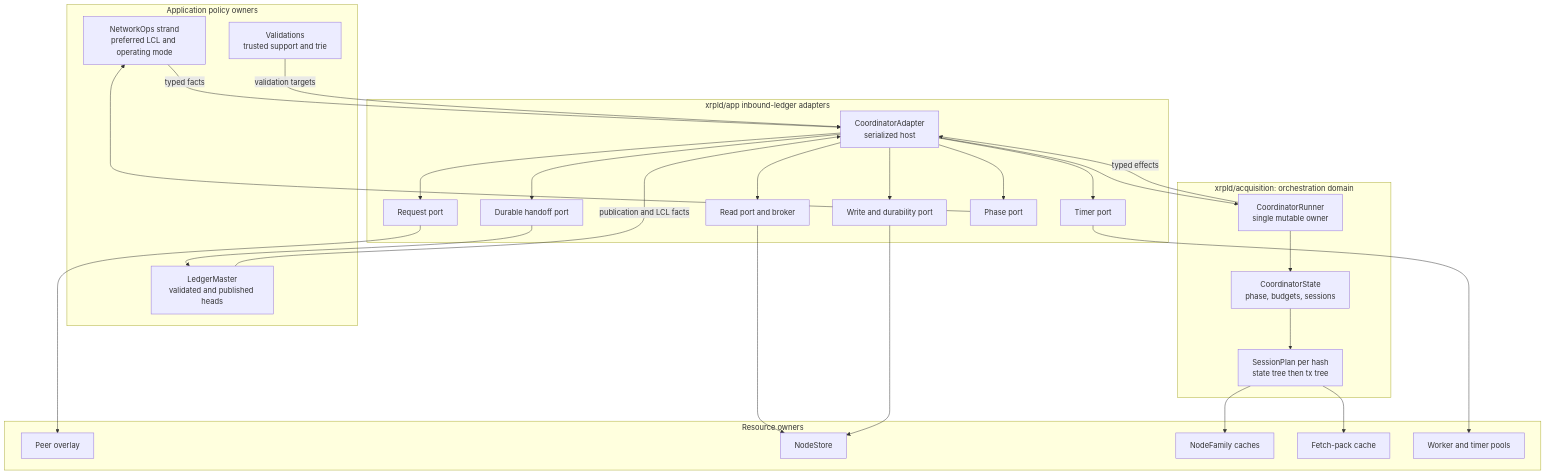
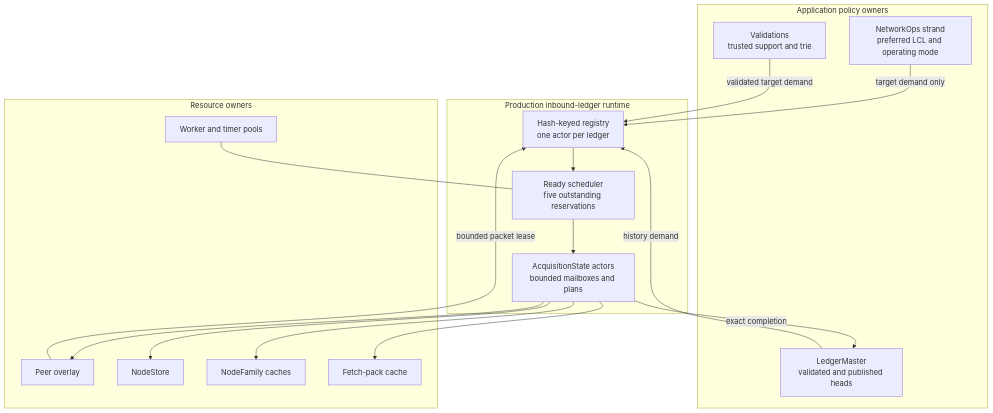
Before and after one commit to TusharPardhe/quaxar: the first of 10 diagrams in docs/ACQUISITION.md, drawn with Mermaid. The commit also changed other lines of this file and 9 other files, not shown here.

First line of the commit message:
fix(consensus): isolate ledger acquisition from NetworkOps

````diff
--- a/docs/ACQUISITION.md
+++ b/docs/ACQUISITION.md
@@ -40,48 +47,34 @@
 ```mermaid
 flowchart TB
     subgraph Policy[Application policy owners]
         NO[NetworkOps strand<br/>preferred LCL and operating mode]
         LM[LedgerMaster<br/>validated and published heads]
         VA[Validations<br/>trusted support and trie]
     end
 
-    subgraph Acquisition[xrpld/acquisition: orchestration domain]
-        CR[CoordinatorRunner<br/>single mutable owner]
-        CS[CoordinatorState<br/>phase, budgets, sessions]
-        SP[SessionPlan per hash<br/>state tree then tx tree]
-        CR --> CS
-        CS --> SP
-    end
-
-    subgraph Adapters[xrpld/app inbound-ledger adapters]
-        CA[CoordinatorAdapter<br/>serialized host]
-        RP[Request port]
-        RDP[Read port and broker]
-        WP[Write and durability port]
-        TP[Timer port]
-        HP[Durable handoff port]
-        PP[Phase port]
+    subgraph Runtime[Production inbound-ledger runtime]
+        RG[Hash-keyed registry<br/>one actor per ledger]
+        RS[Ready scheduler<br/>five outstanding reservations]
+        A[AcquisitionState actors<br/>bounded mailboxes and plans]
+        RG --> RS --> A
     end
 
     subgraph Resources[Resource owners]
         OV[Peer overlay]
         NS[NodeStore]
         NF[NodeFamily caches]
         FP[Fetch-pack cache]
         WK[Worker and timer pools]
     end
 
-    NO -->|typed facts| CA
-    LM -->|publication and LCL facts| CA
-    VA -->|validation targets| CA
-    CA --> CR
-    CR -->|typed effects| CA
-    CA --> RP --> OV
-    CA --> RDP --> NS
-    CA --> WP --> NS
-    CA --> TP --> WK
-    CA --> HP --> LM
-    CA --> PP --> NO
-    SP --> NF
-    SP --> FP
+    NO -->|target demand only| RG
+    LM -->|history demand| RG
+    VA -->|validated target demand| RG
+    OV -->|bounded packet lease| RG
+    A --> OV
+    A --> NS
+    A --> NF
+    A --> FP
+    A -->|exact completion| LM
+    WK --- RS
 ```
````
